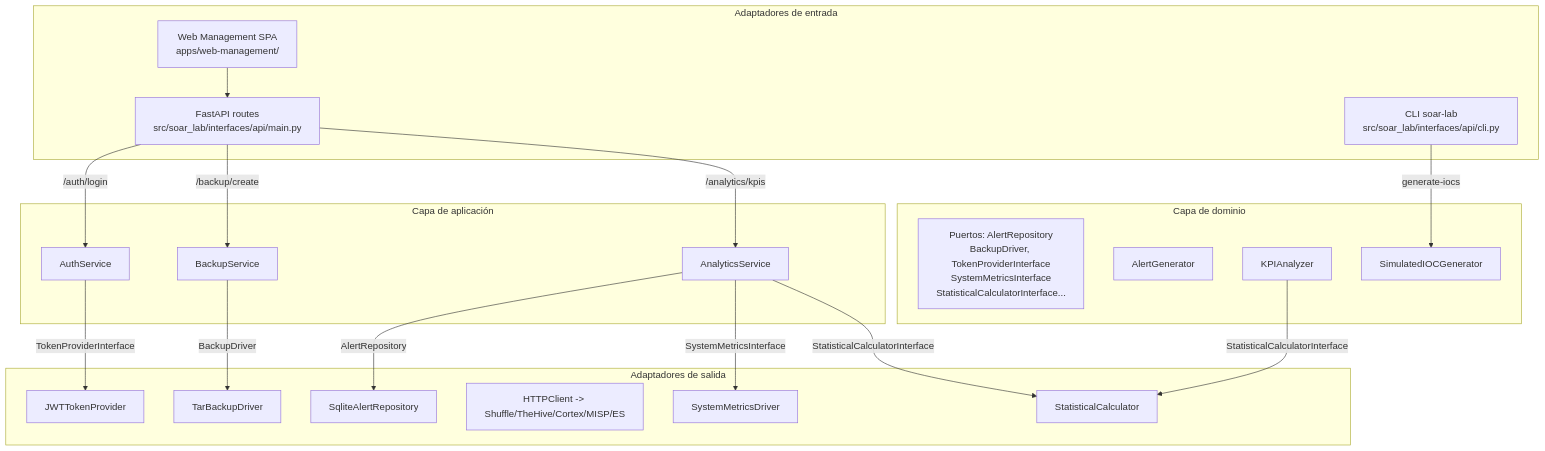
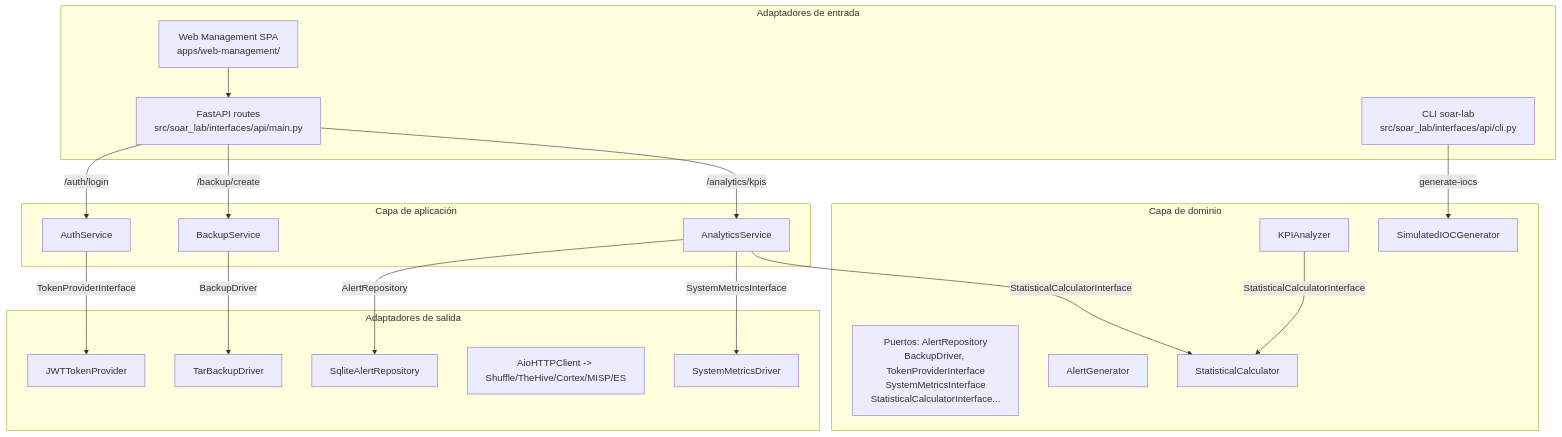
The third of 12 diagrams in docs/thesis/appendix_f.md (alesanfe/soar-ransomware-lab), drawn with Mermaid before and after one commit. The commit also changed other lines of this file, not shown here.

````diff
--- a/docs/thesis/appendix_f.md
+++ b/docs/thesis/appendix_f.md
@@ -131,42 +132,42 @@
 ```mermaid
 flowchart TD
  subgraph Entrada["Adaptadores de entrada"]
  F[FastAPI routes<br/>src/soar_lab/interfaces/api/main.py]
  C[CLI soar-lab<br/>src/soar_lab/interfaces/api/cli.py]
  W[Web Management SPA<br/>apps/web-management/]
  end
 
  subgraph Aplicacion["Capa de aplicación"]
  AS[AuthService]
  BS[BackupService]
  ANS[AnalyticsService]
  end
 
  subgraph Dominio["Capa de dominio"]
  PORTS[Puertos: AlertRepository<br/>BackupDriver, TokenProviderInterface<br/>SystemMetricsInterface<br/>StatisticalCalculatorInterface...]
  ALERT[AlertGenerator]
  KPI[KPIAnalyzer]
  IOC[SimulatedIOCGenerator]
+ STAT[StatisticalCalculator]
  end
 
  subgraph Salida["Adaptadores de salida"]
  SQLITE[SqliteAlertRepository]
  TAR[TarBackupDriver]
  JWT[JWTTokenProvider]
- HTTP[HTTPClient -> Shuffle/TheHive/Cortex/MISP/ES]
+ HTTP[AioHTTPClient -> Shuffle/TheHive/Cortex/MISP/ES]
  SMETRICS[SystemMetricsDriver]
- STAT[StatisticalCalculator]
  end
 
  F -->|/auth/login| AS
  F -->|/backup/create| BS
  F -->|/analytics/kpis| ANS
  C -->|generate-iocs| IOC
  W --> F
  AS -->|TokenProviderInterface| JWT
  BS -->|BackupDriver| TAR
  ANS -->|AlertRepository| SQLITE
  ANS -->|SystemMetricsInterface| SMETRICS
  ANS -->|StatisticalCalculatorInterface| STAT
  KPI -->|StatisticalCalculatorInterface| STAT
 ```
````
